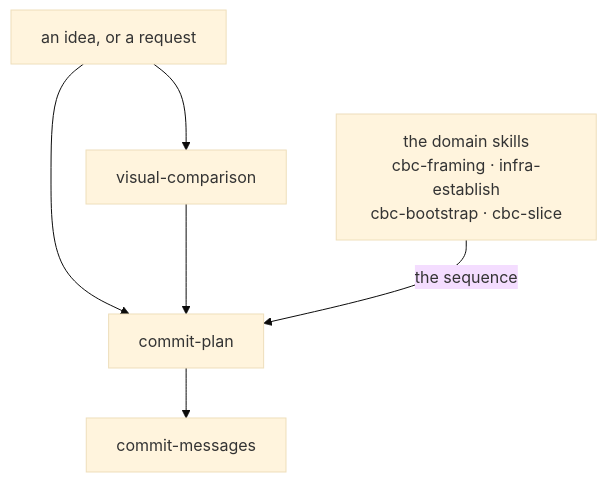
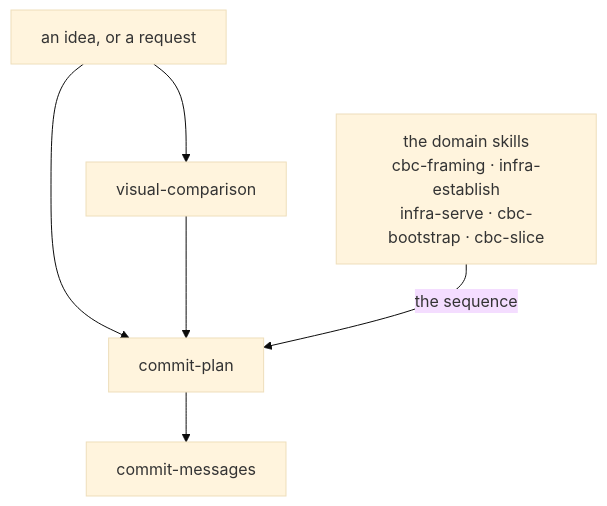
One commit to edgaras87/correctness-by-construction changed the diagram in docs/conventions/README.md. Above: the diagram before and after it, drawn with Mermaid (base theme). The commit also changed other lines of this file, not shown here.

````diff
--- a/docs/conventions/README.md
+++ b/docs/conventions/README.md
@@ -28,14 +32,14 @@
 ```mermaid
 flowchart TB
     idea["an idea, or a request"]
     vc["visual-comparison"]
     cp["commit-plan"]
     cm["commit-messages"]
-    dom["the domain skills<br/>cbc-framing · infra-establish<br/>cbc-bootstrap · cbc-slice"]
+    dom["the domain skills<br/>cbc-framing · infra-establish<br/>infra-serve · cbc-bootstrap · cbc-slice"]
 
     idea --> vc
     idea --> cp
     vc --> cp
     dom -- "the sequence" --> cp
     cp --> cm
 ```
````
